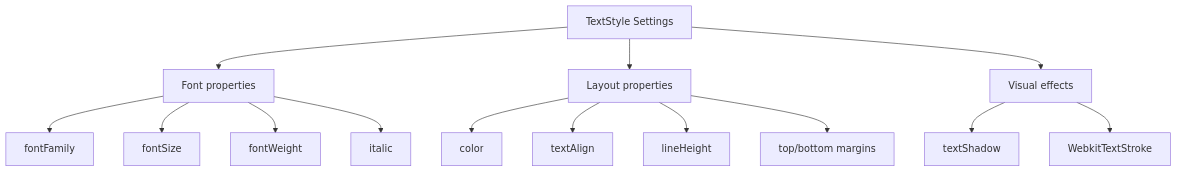
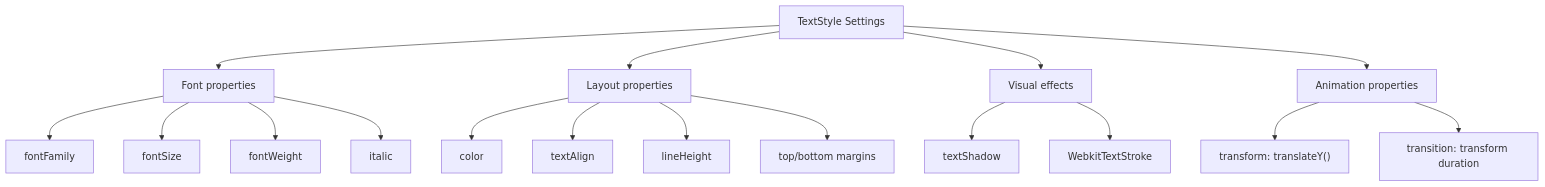
Before and after one commit to jimmywyk/lyricdeck: the sixth of 12 diagrams in .qoder/repowiki/en/content/User Interface Components/Projection View Component.md, drawn with Mermaid. The commit also changed other lines of this file and 8 other files, not shown here.

````diff
--- a/.qoder/repowiki/en/content/User Interface Components/Projection View Component.md
+++ b/.qoder/repowiki/en/content/User Interface Components/Projection View Component.md
@@ -279,16 +284,19 @@
 ```mermaid
 flowchart TD
 TSStart["TextStyle Settings"] --> Font["Font properties"]
 TSStart --> Layout["Layout properties"]
 TSStart --> Effects["Visual effects"]
+TSStart --> Animation["Animation properties"]
 Font --> Family["fontFamily"]
 Font --> Size["fontSize"]
 Font --> Weight["fontWeight"]
 Font --> Style["italic"]
 Layout --> Color["color"]
 Layout --> Align["textAlign"]
 Layout --> Line["lineHeight"]
 Layout --> Margins["top/bottom margins"]
 Effects --> Shadow["textShadow"]
 Effects --> Outline["WebkitTextStroke"]
+Animation --> Transform["transform: translateY()"]
+Animation --> Transition["transition: transform duration"]
 ```
````
